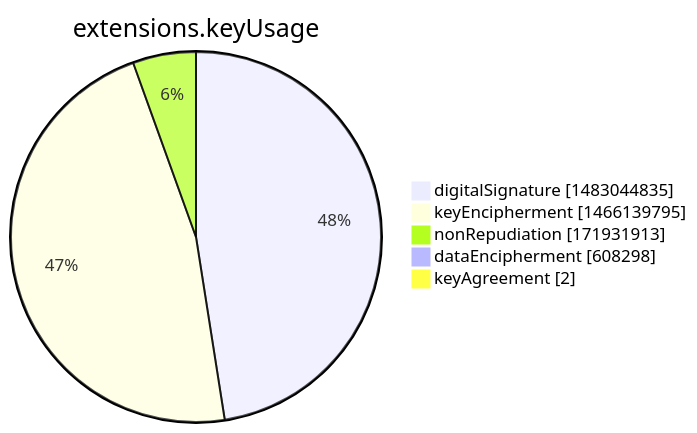
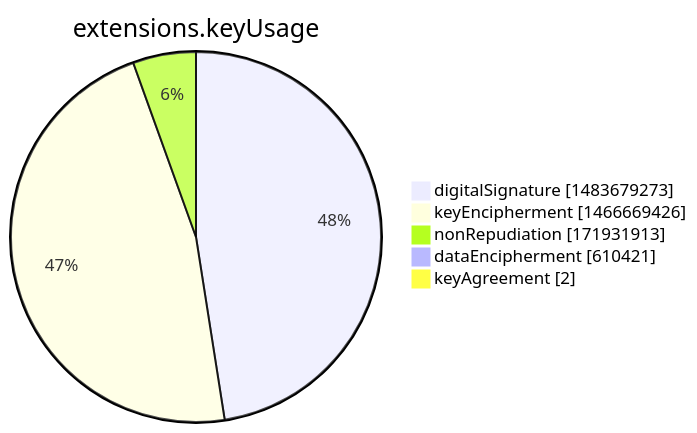
One commit to christiankrug/ctmonitor_visualization changed the seventh of 15 diagrams in argon2022/README.md. Above: the diagram before and after it, drawn with Mermaid. The commit also changed other lines of this file, not shown here.

````diff
--- a/argon2022/README.md
+++ b/argon2022/README.md
@@ -2751,9 +2751,9 @@
 ```mermaid
 pie showData
 title extensions.keyUsage
-"digitalSignature" :1483044835
-"keyEncipherment" :1466139795
+"digitalSignature" :1483679273
+"keyEncipherment" :1466669426
 "nonRepudiation" :171931913
-"dataEncipherment" :608298
+"dataEncipherment" :610421
 "keyAgreement" :2
 ```
````
